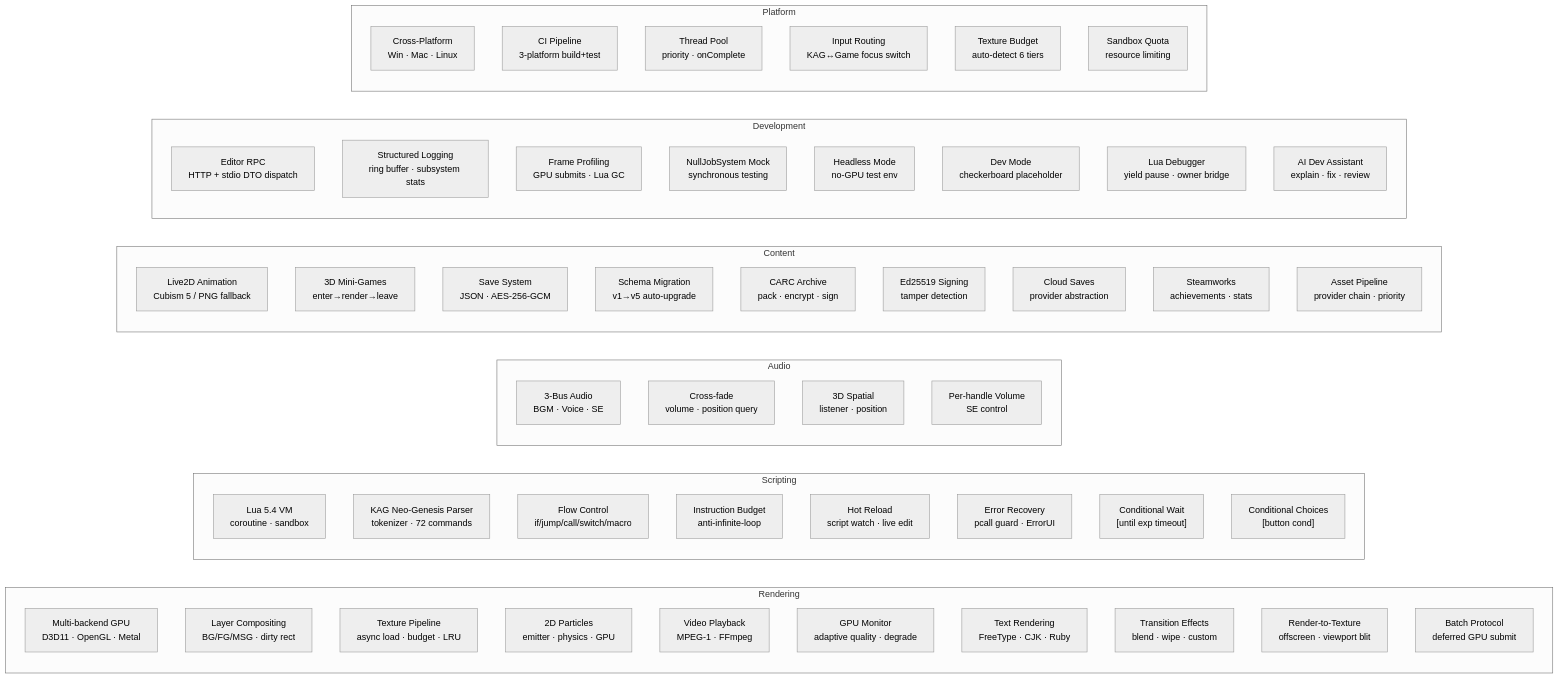
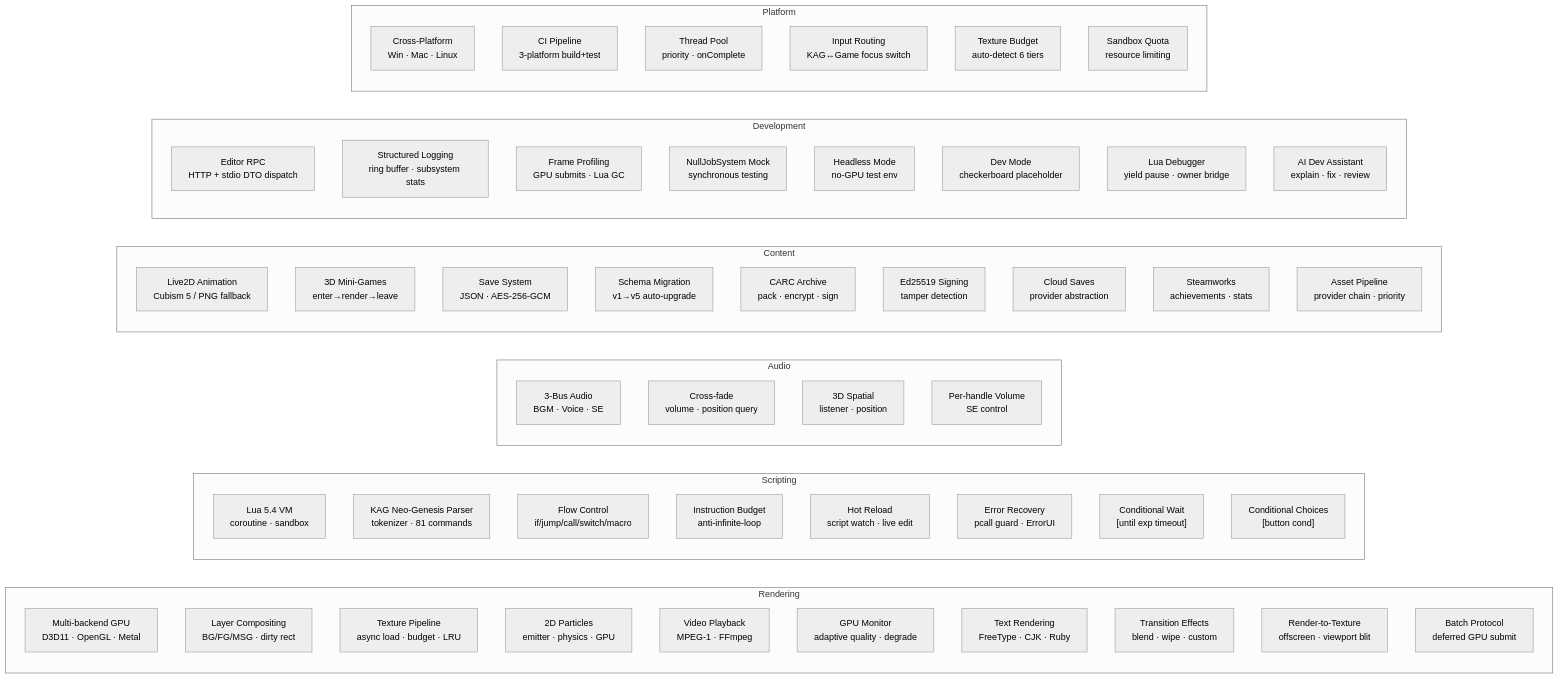
The diagram in docs/design/engine-capability-matrix.md (ailiasdesu/Caesura-AmeKAG), drawn with Mermaid (neutral theme) before and after one commit. The commit also changed other lines of this file and 5 other files, not shown here.

````diff
--- a/docs/design/engine-capability-matrix.md
+++ b/docs/design/engine-capability-matrix.md
@@ -17,65 +17,65 @@
 ```mermaid
 graph LR
     subgraph "Rendering"
         r1["Multi-backend GPU<br/>D3D11 · OpenGL · Metal"]
         r2["Layer Compositing<br/>BG/FG/MSG · dirty rect"]
         r3["Texture Pipeline<br/>async load · budget · LRU"]
         r4["2D Particles<br/>emitter · physics · GPU"]
         r5["Video Playback<br/>MPEG-1 · FFmpeg"]
         r6["GPU Monitor<br/>adaptive quality · degrade"]
         r7["Text Rendering<br/>FreeType · CJK · Ruby"]
         r8["Transition Effects<br/>blend · wipe · custom"]
         r9["Render-to-Texture<br/>offscreen · viewport blit"]
         r10["Batch Protocol<br/>deferred GPU submit"]
     end
 
     subgraph "Scripting"
         s1["Lua 5.4 VM<br/>coroutine · sandbox"]
-        s2["KAG Neo-Genesis Parser<br/>tokenizer · 72 commands"]
+        s2["KAG Neo-Genesis Parser<br/>tokenizer · 81 commands"]
         s3["Flow Control<br/>if/jump/call/switch/macro"]
         s4["Instruction Budget<br/>anti-infinite-loop"]
         s5["Hot Reload<br/>script watch · live edit"]
         s6["Error Recovery<br/>pcall guard · ErrorUI"]
         s7["Conditional Wait<br/>[until exp timeout]"]
         s8["Conditional Choices<br/>[button cond]"]
     end
 
     subgraph "Audio"
         a1["3-Bus Audio<br/>BGM · Voice · SE"]
         a2["Cross-fade<br/>volume · position query"]
         a3["3D Spatial<br/>listener · position"]
         a4["Per-handle Volume<br/>SE control"]
     end
 
     subgraph "Content"
         c1["Live2D Animation<br/>Cubism 5 / PNG fallback"]
         c2["3D Mini-Games<br/>enter→render→leave"]
         c3["Save System<br/>JSON · AES-256-GCM"]
         c4["Schema Migration<br/>v1→v5 auto-upgrade"]
         c5["CARC Archive<br/>pack · encrypt · sign"]
         c6["Ed25519 Signing<br/>tamper detection"]
         c7["Cloud Saves<br/>provider abstraction"]
         c8["Steamworks<br/>achievements · stats"]
         c9["Asset Pipeline<br/>provider chain · priority"]
     end
 
     subgraph "Development"
         d1["Editor RPC<br/>HTTP + stdio DTO dispatch"]
         d2["Structured Logging<br/>ring buffer · subsystem stats"]
         d3["Frame Profiling<br/>GPU submits · Lua GC"]
         d4["NullJobSystem Mock<br/>synchronous testing"]
         d5["Headless Mode<br/>no-GPU test env"]
         d6["Dev Mode<br/>checkerboard placeholder"]
         d7["Lua Debugger<br/>yield pause · owner bridge"]
         d8["AI Dev Assistant<br/>explain · fix · review"]
     end
 
     subgraph "Platform"
         p1["Cross-Platform<br/>Win · Mac · Linux"]
         p2["CI Pipeline<br/>3-platform build+test"]
         p3["Thread Pool<br/>priority · onComplete"]
         p4["Input Routing<br/>KAG↔Game focus switch"]
         p5["Texture Budget<br/>auto-detect 6 tiers"]
         p6["Sandbox Quota<br/>resource limiting"]
     end
 ```
````
